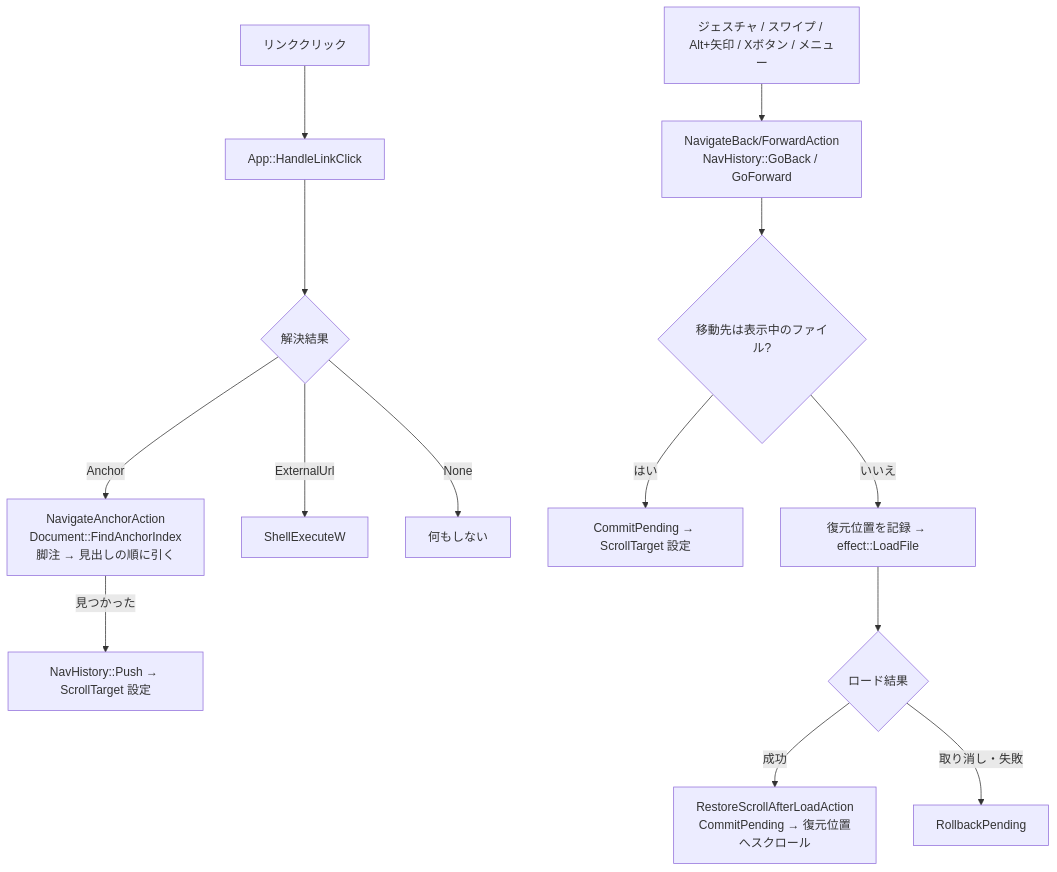
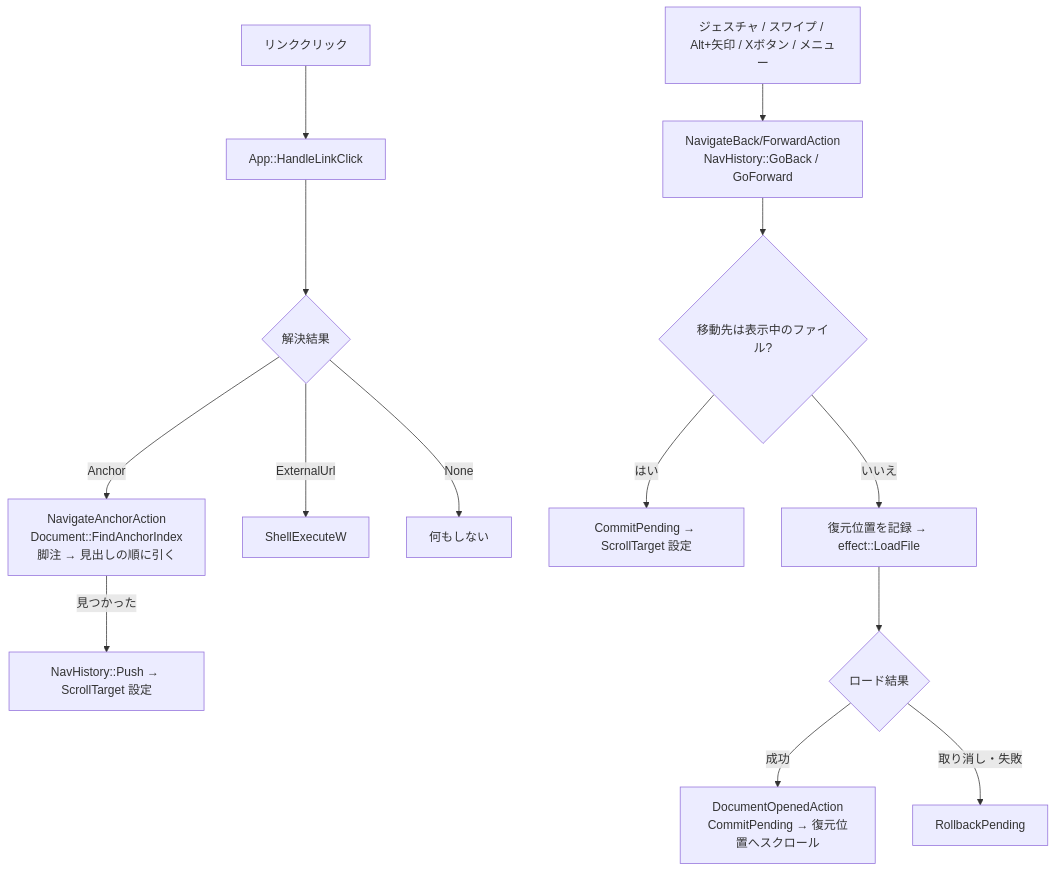
One commit to tanaton/mendo changed diagram 12 of 27 in example/test.md. Above: the diagram before and after it, drawn with Mermaid. The commit also changed other lines of this file and 161 other files, not shown here.

````diff
--- a/example/test.md
+++ b/example/test.md
@@ -1774,16 +1743,16 @@
 ```mermaid
 flowchart TD
     LINK[リンククリック] --> APP[App::HandleLinkClick]
     APP --> KIND{解決結果}
     KIND -->|Anchor| ANCHOR[NavigateAnchorAction<br>Document::FindAnchorIndex<br>脚注 → 見出しの順に引く]
     KIND -->|ExternalUrl| SHELL[ShellExecuteW]
     KIND -->|None| NOP[何もしない]
     ANCHOR -->|見つかった| PUSH[NavHistory::Push → ScrollTarget 設定]
     HIST[ジェスチャ / スワイプ / Alt+矢印 / Xボタン / メニュー] --> NAV[NavigateBack/ForwardAction<br>NavHistory::GoBack / GoForward]
     NAV --> SAME{移動先は表示中のファイル?}
     SAME -->|はい| COMMIT[CommitPending → ScrollTarget 設定]
     SAME -->|いいえ| LOAD[復元位置を記録 → effect::LoadFile]
     LOAD --> RESULT{ロード結果}
-    RESULT -->|成功| RESTORE[RestoreScrollAfterLoadAction<br>CommitPending → 復元位置へスクロール]
+    RESULT -->|成功| RESTORE[DocumentOpenedAction<br>CommitPending → 復元位置へスクロール]
     RESULT -->|取り消し・失敗| ROLLBACK[RollbackPending]
 ```
````
